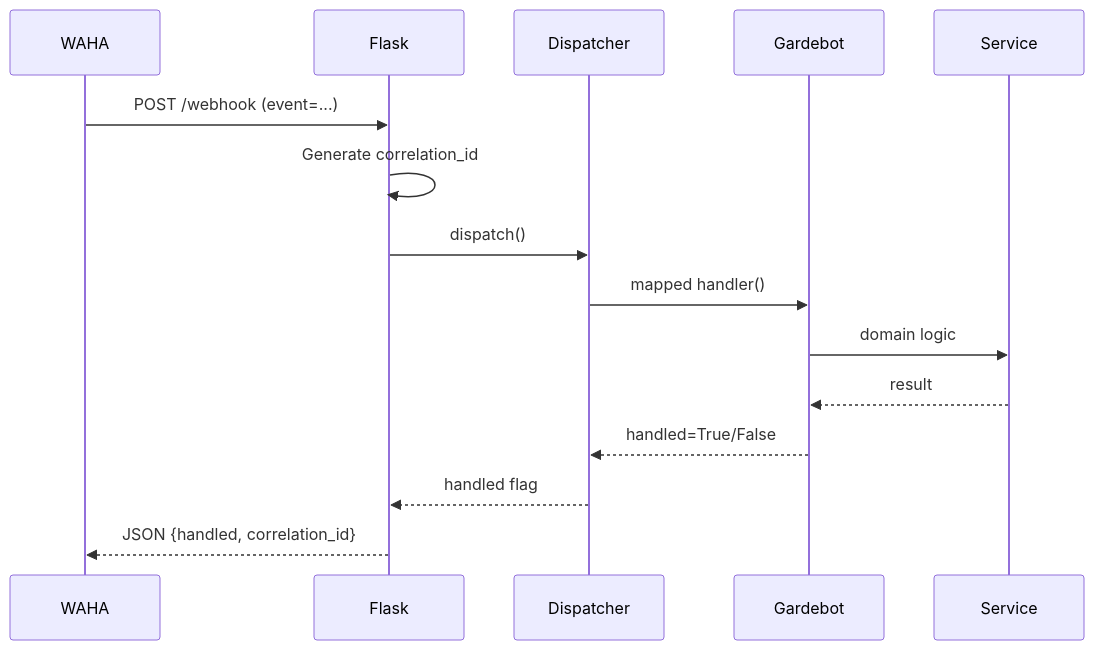
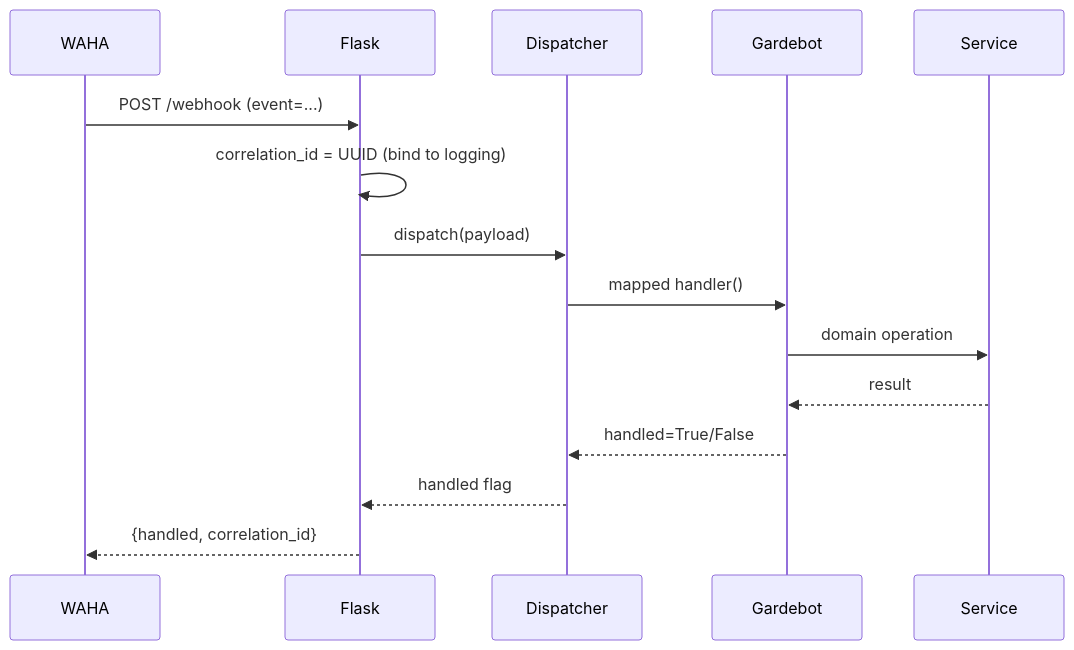
Before and after one commit to Gardebot/Gardebot: the second of 3 diagrams in README.md, drawn with Mermaid. The commit also changed other lines of this file, not shown here.

````diff
--- a/README.md
+++ b/README.md
@@ -35,17 +36,17 @@
 ```mermaid
 sequenceDiagram
     participant WAHA
     participant Flask
     participant Dispatcher
     participant Gardebot
     participant Service
     WAHA->>Flask: POST /webhook (event=...)
-    Flask->>Flask: Generate correlation_id
-    Flask->>Dispatcher: dispatch()
+    Flask->>Flask: correlation_id = UUID (bind to logging)
+    Flask->>Dispatcher: dispatch(payload)
     Dispatcher->>Gardebot: mapped handler()
-    Gardebot->>Service: domain logic
+    Gardebot->>Service: domain operation
     Service-->>Gardebot: result
     Gardebot-->>Dispatcher: handled=True/False
     Dispatcher-->>Flask: handled flag
-    Flask-->>WAHA: JSON {handled, correlation_id}
+    Flask-->>WAHA: {handled, correlation_id}
 ```
````
